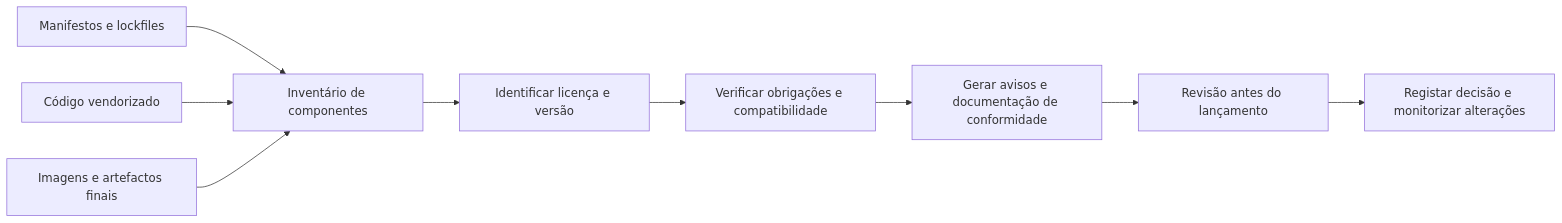
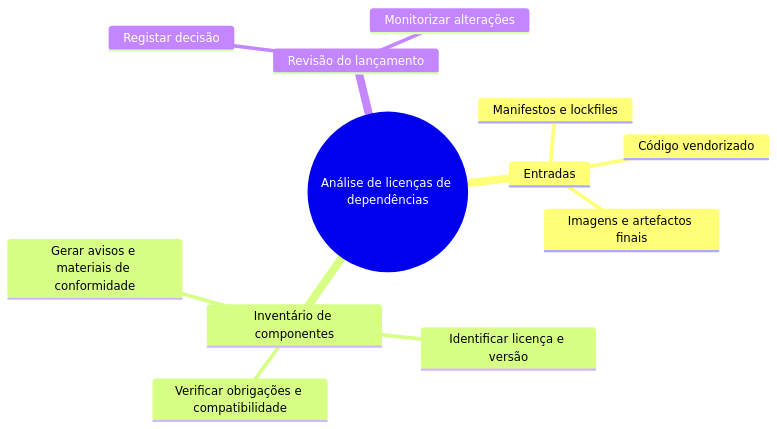
One commit to dyotamo/blog changed the second of 2 diagrams in content/pt/articles/software-licensing/index.md. Above: the diagram before and after it, drawn with Mermaid. The commit also changed other lines of this file and 26 other files, not shown here.

````diff
--- a/content/pt/articles/software-licensing/index.md
+++ b/content/pt/articles/software-licensing/index.md
@@ -96,11 +98,15 @@
 ```mermaid
-flowchart LR
-    A[Manifestos e lockfiles] --> D[Inventário de componentes]
-    B[Código vendorizado] --> D
-    C[Imagens e artefactos finais] --> D
-    D --> E[Identificar licença e versão]
-    E --> F[Verificar obrigações e compatibilidade]
-    F --> G[Gerar avisos e documentação de conformidade]
-    G --> H[Revisão antes do lançamento]
-    H --> I[Registar decisão e monitorizar alterações]
+mindmap
+  root((Análise de licenças de dependências))
+    Entradas
+      Manifestos e lockfiles
+      Código vendorizado
+      Imagens e artefactos finais
+    Inventário de componentes
+      Identificar licença e versão
+      Verificar obrigações e compatibilidade
+      Gerar avisos e materiais de conformidade
+    Revisão do lançamento
+      Registar decisão
+      Monitorizar alterações
 ```
````
